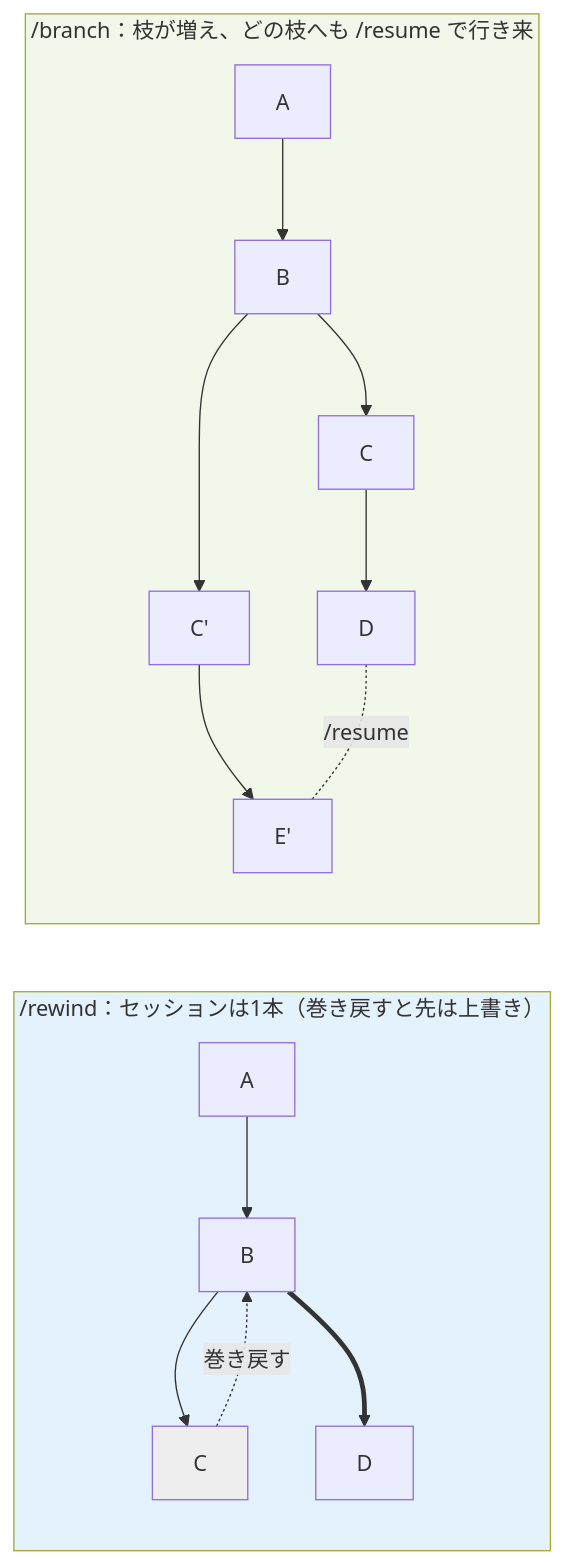
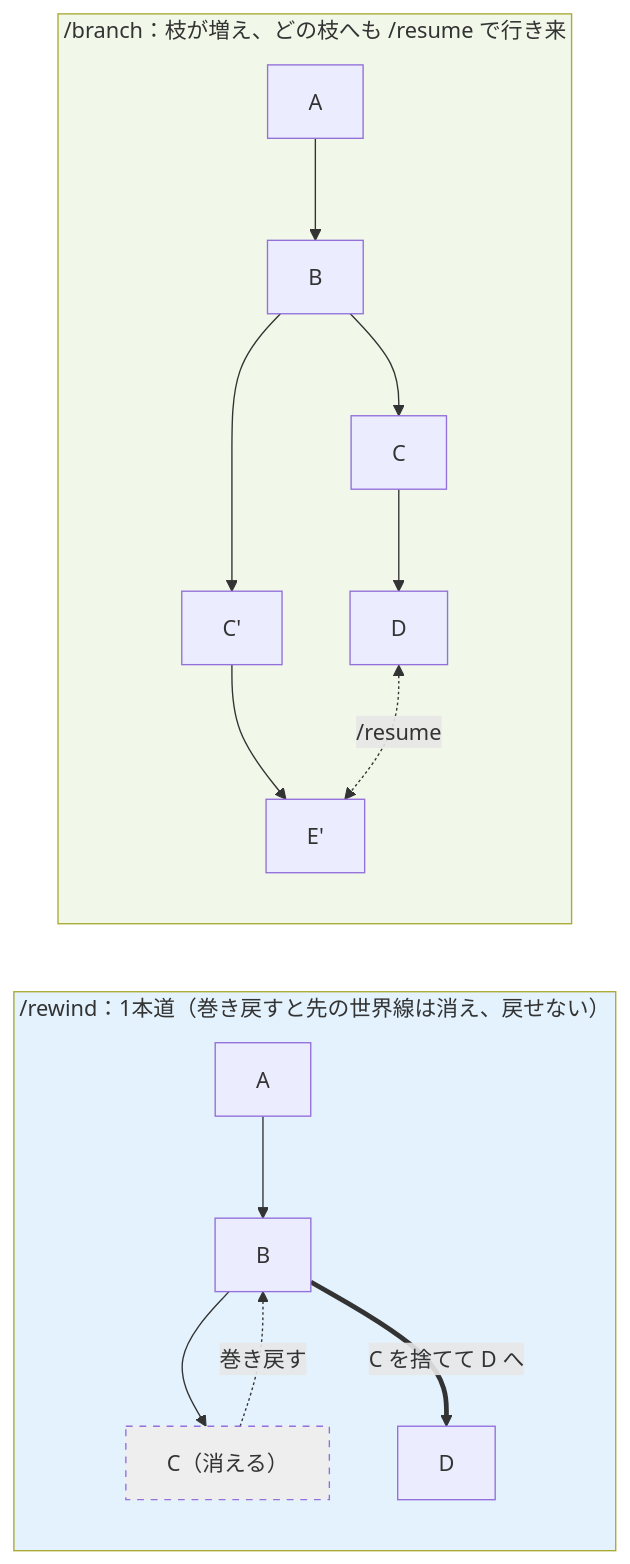
Before and after one commit to uehaj/zenn-articles: the third of 4 diagrams in articles/claude-code-fork-branch-rewind-btw.md, drawn with Mermaid. The commit also changed other lines of this file, not shown here.

Commit message:
docs: clarify /rewind world-line deletion and make /branch resume link bidirectional in diagram

````diff
--- a/articles/claude-code-fork-branch-rewind-btw.md
+++ b/articles/claude-code-fork-branch-rewind-btw.md
@@ -200,17 +200,17 @@
 ```mermaid
 graph LR
-    subgraph RW["/rewind：セッションは1本（巻き戻すと先は上書き）"]
-        r1["A"] --> r2["B"] --> r3["C"]
+    subgraph RW["/rewind：1本道（巻き戻すと先の世界線は消え、戻せない）"]
+        r1["A"] --> r2["B"] --> r3["C（消える）"]
         r3 -."巻き戻す".-> r2
-        r2 ==> r4["D"]
+        r2 ==>|"C を捨てて D へ"| r4["D"]
     end
     subgraph BR["/branch：枝が増え、どの枝へも /resume で行き来"]
         b1["A"] --> b2["B"]
         b2 --> b3["C"] --> b3d["D"]
         b2 --> b4["C'"] --> b4e["E'"]
-        b3d -."/resume".- b4e
+        b3d <-."/resume".-> b4e
     end
     style RW fill:#e3f2fd
     style BR fill:#f1f8e9
-    style r3 fill:#eeeeee
+    style r3 fill:#eeeeee,stroke-dasharray: 5 5
 ```
````
